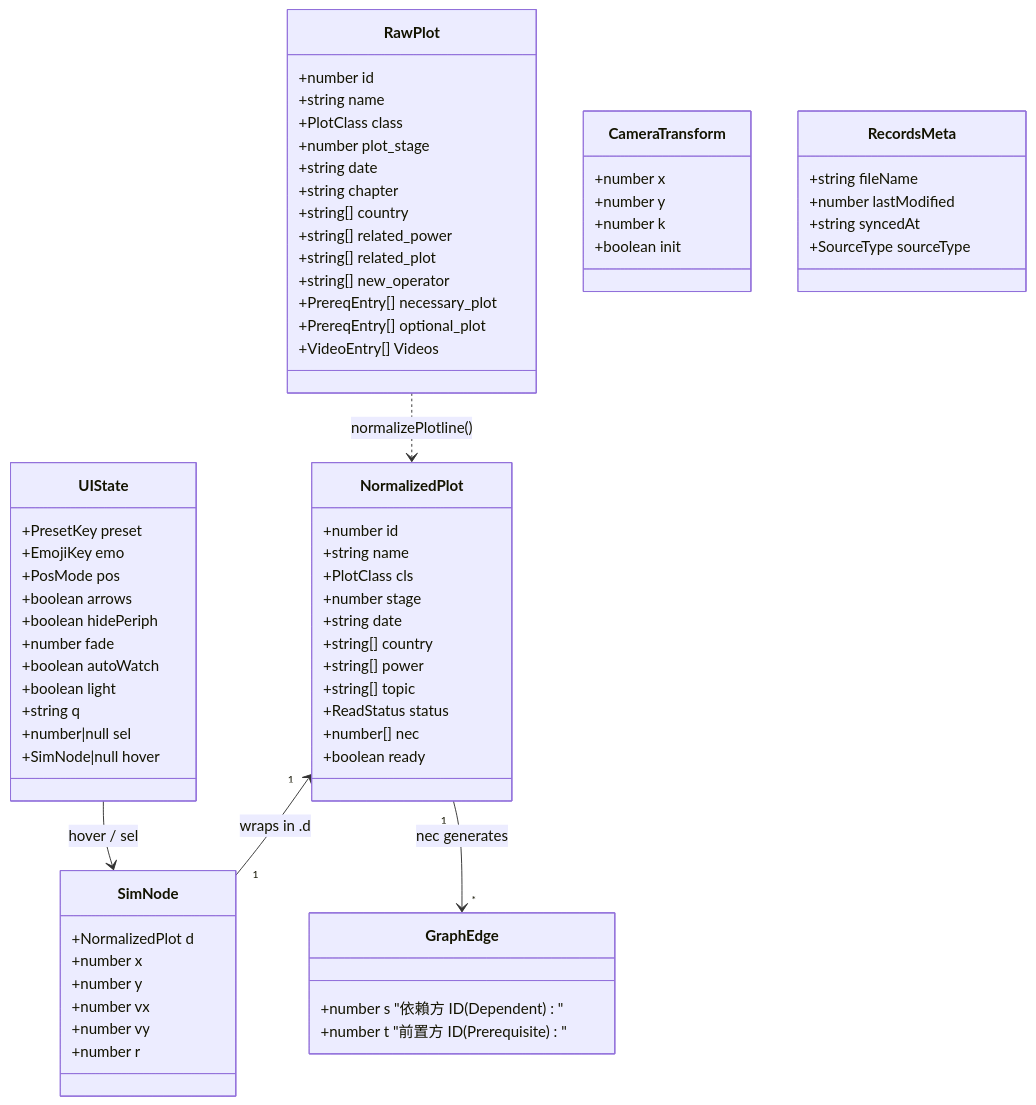
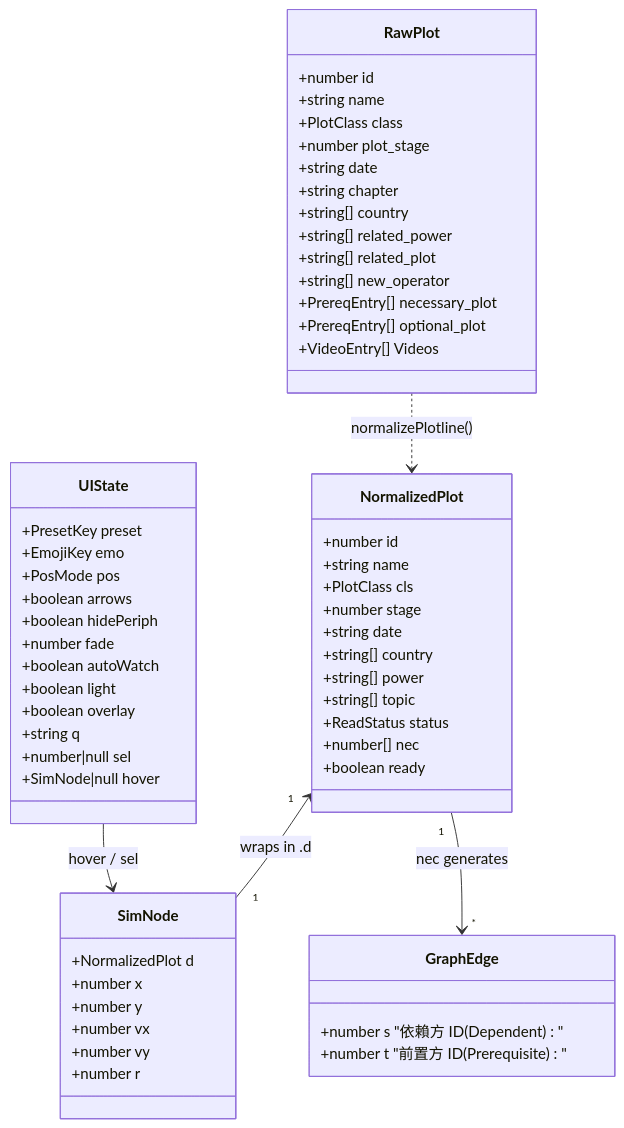
The diagram in docs/adr/AI-MAINTENANCE-GUIDE.md (JohnsonChung/arkplots-graph), drawn with Mermaid before and after one commit. The commit also changed other lines of this file and 4 other files, not shown here.

Commit message:
docs(adr): update ADR-001~003 and AI-MAINTENANCE-GUIDE for v1 PRTS default architecture and 2x physics

````diff
--- a/docs/adr/AI-MAINTENANCE-GUIDE.md
+++ b/docs/adr/AI-MAINTENANCE-GUIDE.md
@@ -35,79 +40,66 @@
 ```mermaid
 classDiagram
   class RawPlot {
     +number id
     +string name
     +PlotClass class
     +number plot_stage
     +string date
     +string chapter
     +string[] country
     +string[] related_power
     +string[] related_plot
     +string[] new_operator
     +PrereqEntry[] necessary_plot
     +PrereqEntry[] optional_plot
     +VideoEntry[] Videos
   }
 
   class NormalizedPlot {
     +number id
     +string name
     +PlotClass cls
     +number stage
     +string date
     +string[] country
     +string[] power
     +string[] topic
     +ReadStatus status
     +number[] nec
     +boolean ready
   }
 
   class SimNode {
     +NormalizedPlot d
     +number x
     +number y
     +number vx
     +number vy
     +number r
   }
 
   class GraphEdge {
     +number s "依賴方 ID (Dependent)"
     +number t "前置方 ID (Prerequisite)"
   }
 
   class UIState {
     +PresetKey preset
     +EmojiKey emo
     +PosMode pos
     +boolean arrows
     +boolean hidePeriph
     +number fade
     +boolean autoWatch
     +boolean light
+    +boolean overlay
     +string q
     +number|null sel
     +SimNode|null hover
-  }
-
-  class CameraTransform {
-    +number x
-    +number y
-    +number k
-    +boolean init
-  }
-
-  class RecordsMeta {
-    +string fileName
-    +number lastModified
-    +string syncedAt
-    +SourceType sourceType
   }
 
   RawPlot ..> NormalizedPlot : normalizePlotline()
   NormalizedPlot "1" <-- "1" SimNode : wraps in .d
   NormalizedPlot "1" --> "*" GraphEdge : nec generates
   UIState --> SimNode : hover / sel
 ```
````
